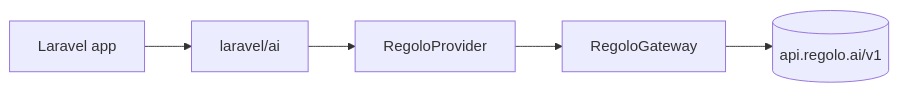
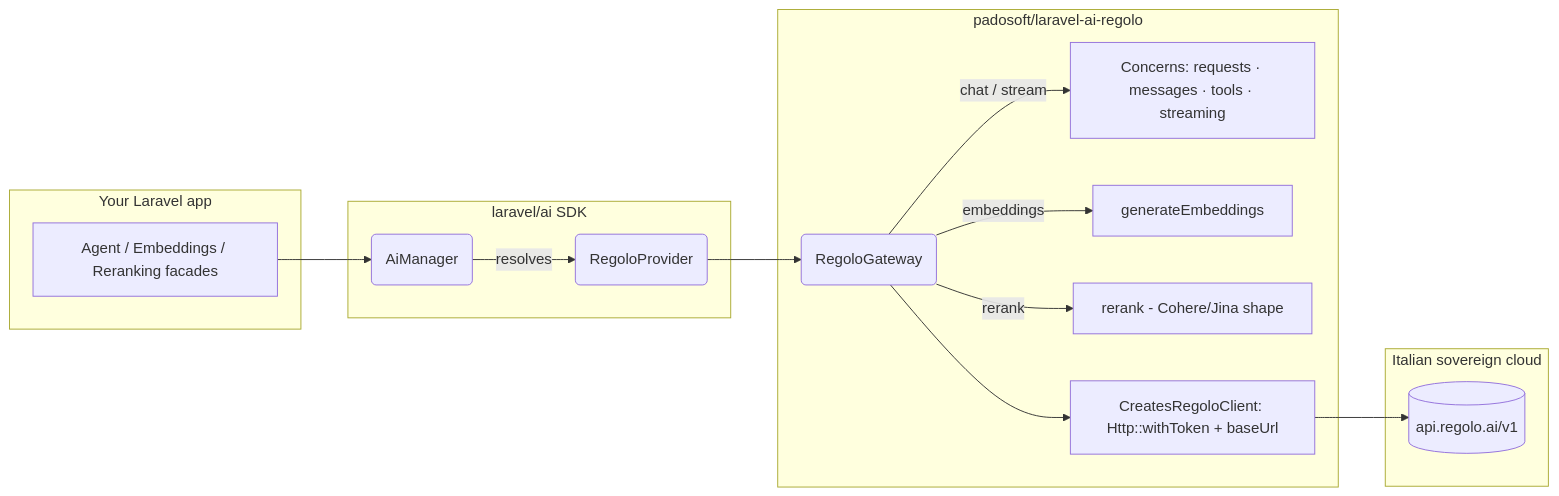
The diagram in docs-site/docs/index.md (padosoft/laravel-ai-regolo), drawn with Mermaid before and after one commit. The commit also changed other lines of this file and 2 other files, not shown here.

````diff
--- a/docs-site/docs/index.md
+++ b/docs-site/docs/index.md
@@ -52,7 +191,21 @@
 ```mermaid
 flowchart LR
-    App[Laravel app] --> SDK[laravel/ai]
-    SDK --> Provider[RegoloProvider]
-    Provider --> Gateway[RegoloGateway]
-    Gateway --> Regolo[(api.regolo.ai/v1)]
+  subgraph App[Your Laravel app]
+    A[Agent / Embeddings / Reranking facades]
+  end
+  subgraph SDK[laravel/ai SDK]
+    AI(AiManager) -->|resolves| RP(RegoloProvider)
+  end
+  subgraph Pkg[padosoft/laravel-ai-regolo]
+    RP --> RG(RegoloGateway)
+    RG -->|chat / stream| C[Concerns: requests · messages · tools · streaming]
+    RG -->|embeddings| E[generateEmbeddings]
+    RG -->|rerank| R[rerank - Cohere/Jina shape]
+    RG --> CR[CreatesRegoloClient: Http::withToken + baseUrl]
+  end
+  subgraph Cloud[Italian sovereign cloud]
+    Regolo[(api.regolo.ai/v1)]
+  end
+  A --> AI
+  CR --> Regolo
 ```
````
